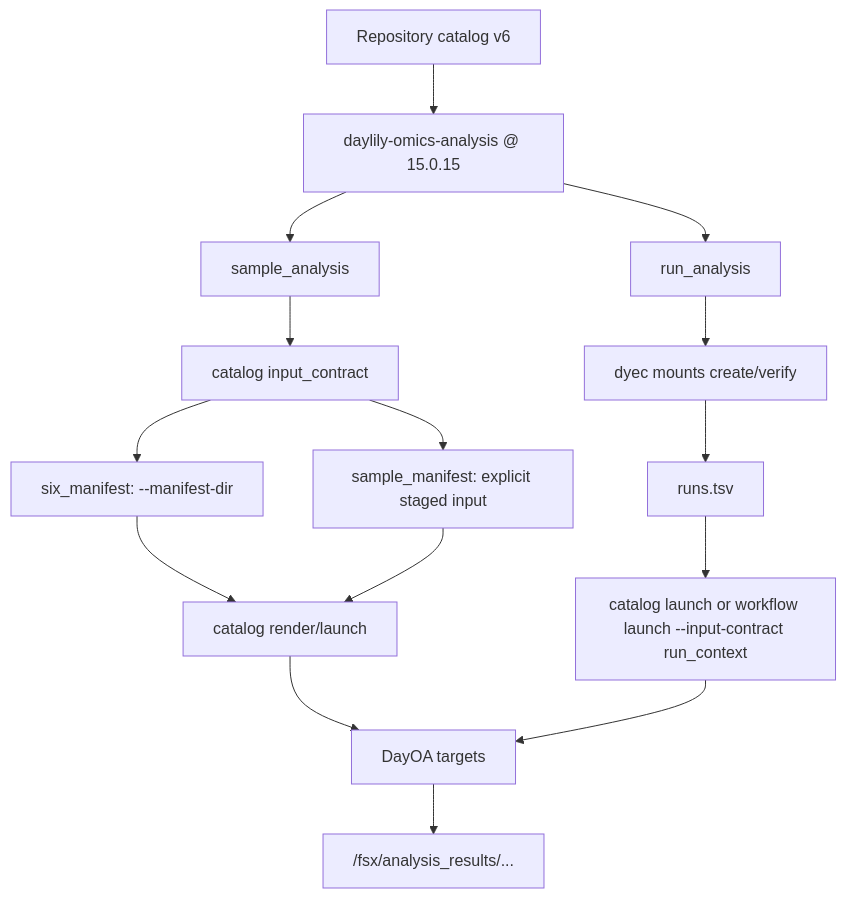
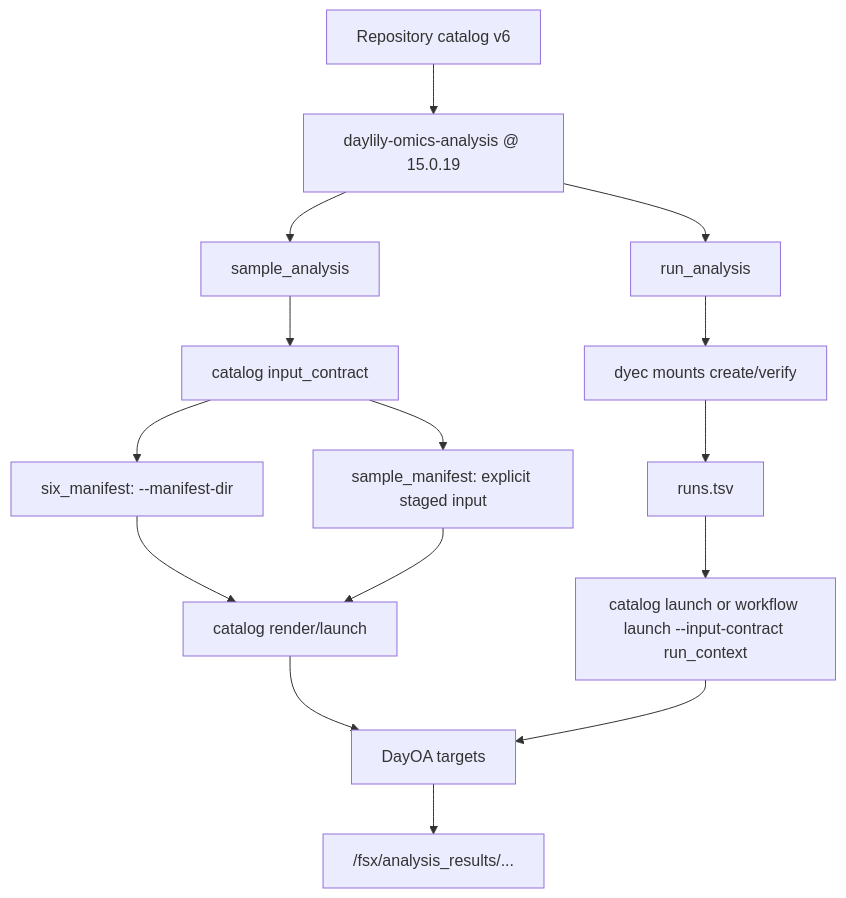
The third of 3 diagrams in docs/dra_fsx_strategy.md (Daylily-Informatics/daylily-ephemeral-cluster), drawn with Mermaid before and after one commit. The commit also changed other lines of this file and 39 other files, not shown here.

````diff
--- a/docs/dra_fsx_strategy.md
+++ b/docs/dra_fsx_strategy.md
@@ -110,20 +110,20 @@
 ```mermaid
 flowchart TB
-  Catalog["Repository catalog v6"] --> Repo["daylily-omics-analysis @ 15.0.15"]
+  Catalog["Repository catalog v6"] --> Repo["daylily-omics-analysis @ 15.0.19"]
   Repo --> Sample["sample_analysis"]
   Repo --> Run["run_analysis"]
 
   Sample --> Contract["catalog input_contract"]
   Contract --> Six["six_manifest: --manifest-dir"]
   Contract --> Legacy["sample_manifest: explicit staged input"]
   Six --> LaunchA["catalog render/launch"]
   Legacy --> LaunchA
 
   Run --> Mount["dyec mounts create/verify"]
   Mount --> Runs["runs.tsv"]
   Runs --> LaunchB["catalog launch or workflow launch --input-contract run_context"]
 
   LaunchA --> DayOA["DayOA targets"]
   LaunchB --> DayOA
   DayOA --> Results["/fsx/analysis_results/..."]
 ```
````
